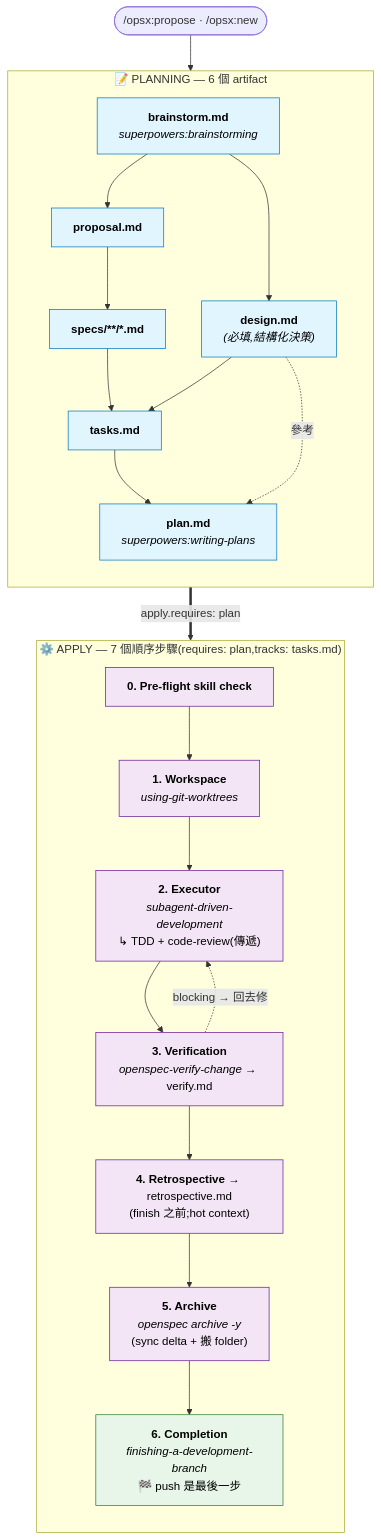
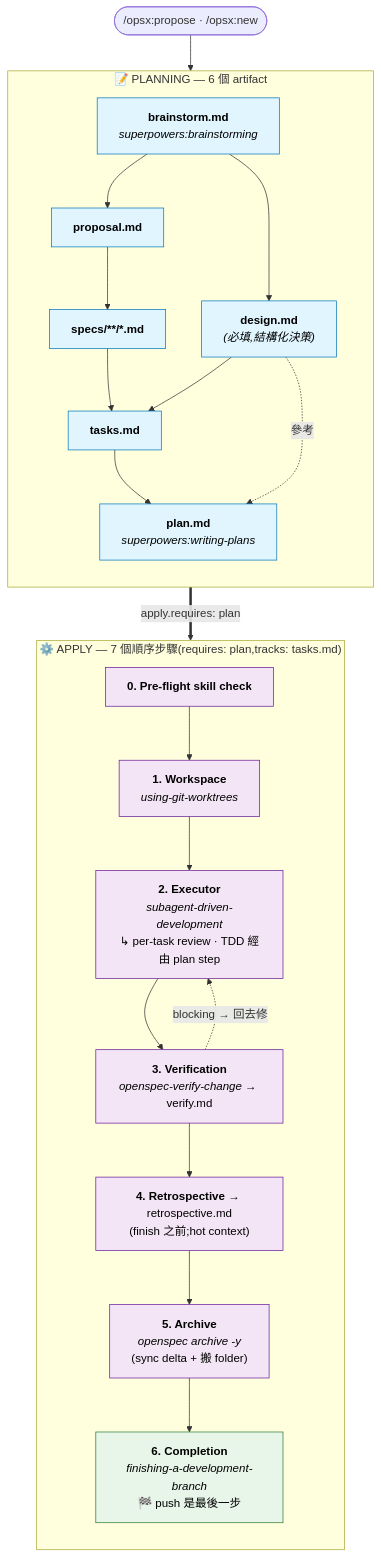
Before and after one commit to AdrianTheopold/openspec-schemas: the diagram in superpowers-bridge/README.zh-TW.md, drawn with Mermaid. The commit also changed other lines of this file and 12 other files, not shown here.

````diff
--- a/superpowers-bridge/README.zh-TW.md
+++ b/superpowers-bridge/README.zh-TW.md
@@ -225,48 +225,48 @@
 ```mermaid
 flowchart TD
     Start([/opsx:propose · /opsx:new])
 
     subgraph Plan ["📝 PLANNING — 6 個 artifact"]
         direction TB
         BS["<b>brainstorm.md</b><br/><i>superpowers:brainstorming</i>"]
         PROP["<b>proposal.md</b>"]
         DES["<b>design.md</b><br/><i>(必填,結構化決策)</i>"]
         SP["<b>specs/**/*.md</b>"]
         TK["<b>tasks.md</b>"]
         PL["<b>plan.md</b><br/><i>superpowers:writing-plans</i>"]
 
         BS --> PROP
         BS --> DES
         PROP --> SP
         SP --> TK
         DES --> TK
         TK --> PL
         DES -. 參考 .-> PL
     end
 
     subgraph Apply ["⚙️ APPLY — 7 個順序步驟(requires: plan,tracks: tasks.md)"]
         direction TB
         A0["<b>0. Pre-flight skill check</b>"]
         A1["<b>1. Workspace</b><br/><i>using-git-worktrees</i>"]
-        A2["<b>2. Executor</b><br/><i>subagent-driven-development</i><br/>↳ TDD + code-review(傳遞)"]
+        A2["<b>2. Executor</b><br/><i>subagent-driven-development</i><br/>↳ per-task review · TDD 經由 plan step"]
         A3["<b>3. Verification</b><br/><i>openspec-verify-change</i> → verify.md"]
         A4["<b>4. Retrospective</b> → retrospective.md<br/>(finish 之前;hot context)"]
         A5["<b>5. Archive</b><br/><i>openspec archive -y</i><br/>(sync delta + 搬 folder)"]
         A6["<b>6. Completion</b><br/><i>finishing-a-development-branch</i><br/>🏁 push 是最後一步"]
 
         A0 --> A1 --> A2 --> A3
         A3 -. blocking → 回去修 .-> A2
         A3 --> A4 --> A5 --> A6
     end
 
     Start --> BS
     PL ==>|apply.requires: plan| A0
 
     classDef artifact fill:#e1f5ff,stroke:#0277bd,color:#000
     classDef step fill:#f3e5f5,stroke:#6a1b9a,color:#000
     classDef capstone fill:#e8f5e9,stroke:#2e7d32,color:#000
 
     class BS,PROP,DES,SP,TK,PL artifact
     class A0,A1,A2,A3,A4,A5 step
     class A6 capstone
 ```
````
